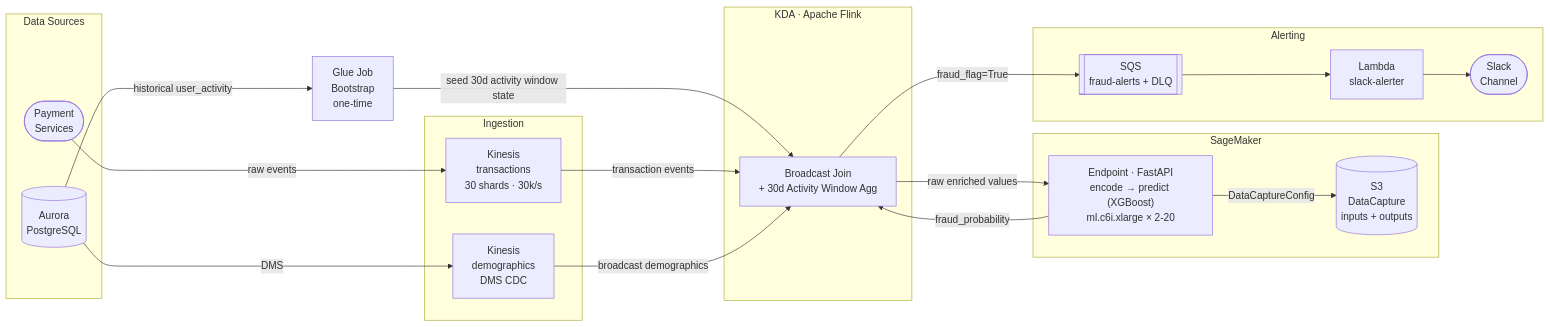
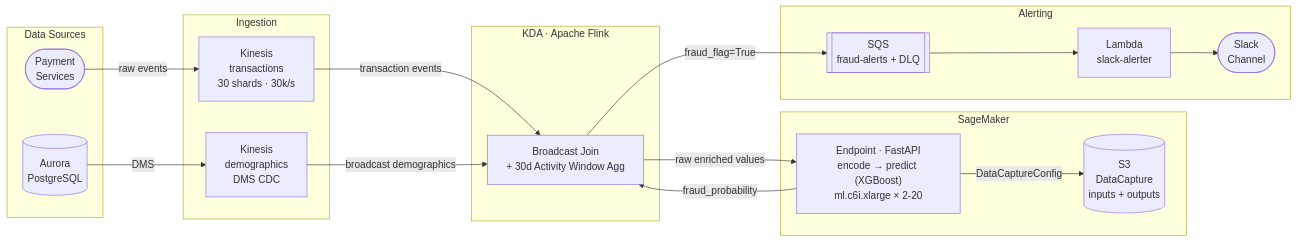
Before and after one commit to ruodingt/sg-plan: the diagram in README.md, drawn with Mermaid. The commit also changed other lines of this file, not shown here.

````diff
--- a/README.md
+++ b/README.md
@@ -17,42 +17,38 @@
 ```mermaid
 flowchart LR
     subgraph SRC["Data Sources"]
         PS(["Payment\nServices"])
         PG[("Aurora\nPostgreSQL")]
     end
 
     subgraph ING["Ingestion"]
         KT["Kinesis\ntransactions\n30 shards · 30k/s"]
         KD["Kinesis\ndemographics\nDMS CDC"]
     end
 
     subgraph FL_BOX["KDA · Apache Flink"]
         FL["Broadcast Join\n+ 30d Activity Window Agg"]
     end
 
     subgraph SM_BOX["SageMaker"]
         SM["Endpoint · FastAPI\nencode → predict (XGBoost)\nml.c6i.xlarge × 2-20"]
         S3C[("S3\nDataCapture\ninputs + outputs")]
     end
 
     subgraph ALERT["Alerting"]
         SQS[["SQS\nfraud-alerts + DLQ"]]
         LAM["Lambda\nslack-alerter"]
         SLK(["Slack\nChannel"])
     end
 
-    GLUE["Glue Job\nBootstrap\none-time"]
-
     PS -->|raw events| KT
     PG -->|DMS| KD
-    PG --->|historical user_activity| GLUE
-    GLUE --->|seed 30d activity window state| FL
     KT -->|transaction events| FL
     KD -->|broadcast demographics| FL
     FL -->|raw enriched values| SM
     SM -->|DataCaptureConfig| S3C
     SM -->|fraud_probability| FL
     FL -->|"fraud_flag=True"| SQS
     SQS --> LAM
     LAM --> SLK
 ```
````
